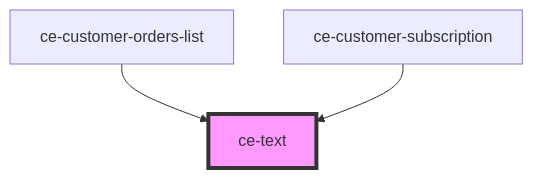
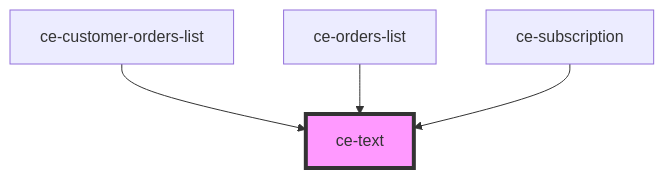
One commit to surecart/surecart-wp-plugin changed the diagram in packages/components/src/components/ui/text/readme.md. Above: the diagram before and after it, drawn with Mermaid. The commit also changed other lines of this file and 162 other files, not shown here.

````diff
--- a/packages/components/src/components/ui/text/readme.md
+++ b/packages/components/src/components/ui/text/readme.md
@@ -24,6 +25,7 @@
 ```mermaid
 graph TD;
   ce-customer-orders-list --> ce-text
-  ce-customer-subscription --> ce-text
+  ce-orders-list --> ce-text
+  ce-subscription --> ce-text
   style ce-text fill:#f9f,stroke:#333,stroke-width:4px
 ```
````
